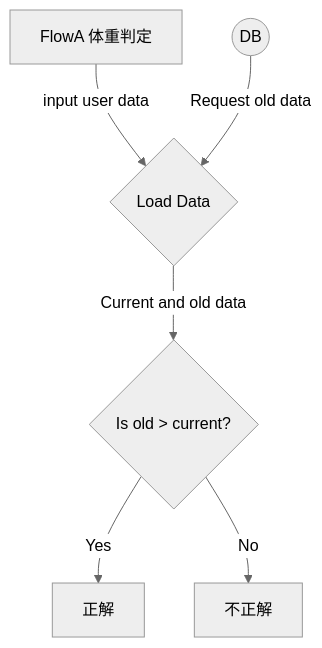
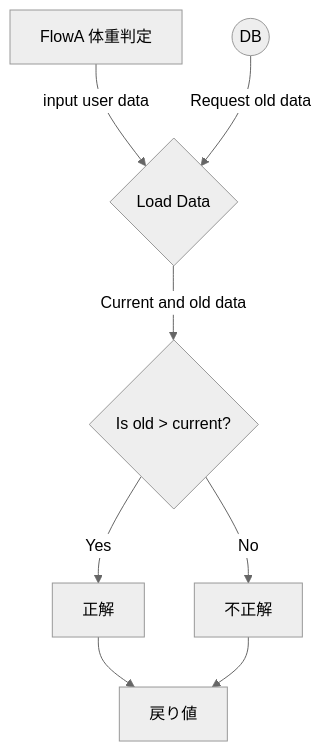
The second of 2 diagrams in flow.md (lamplusoka/train_Muscle), drawn with Mermaid (neutral theme) before and after one commit. The commit also changed other lines of this file, not shown here.

Commit message:
flow.md updated from https://stackedit.io/

````diff
--- a/flow.md
+++ b/flow.md
@@ -28,8 +29,10 @@
 ```mermaid
 graph TD
 Start[FlowA 体重判定] -- input user data --> LoadData{Load Data}
 DB((DB)) -- Request old data --> LoadData
 LoadData -- Current and old data --> IF1{Is old > current?}
 IF1-- Yes --> OK[正解]
 IF1-- No --> NG[不正解]
+OK --> End[戻り値]
+NG --> End
 ```
````
